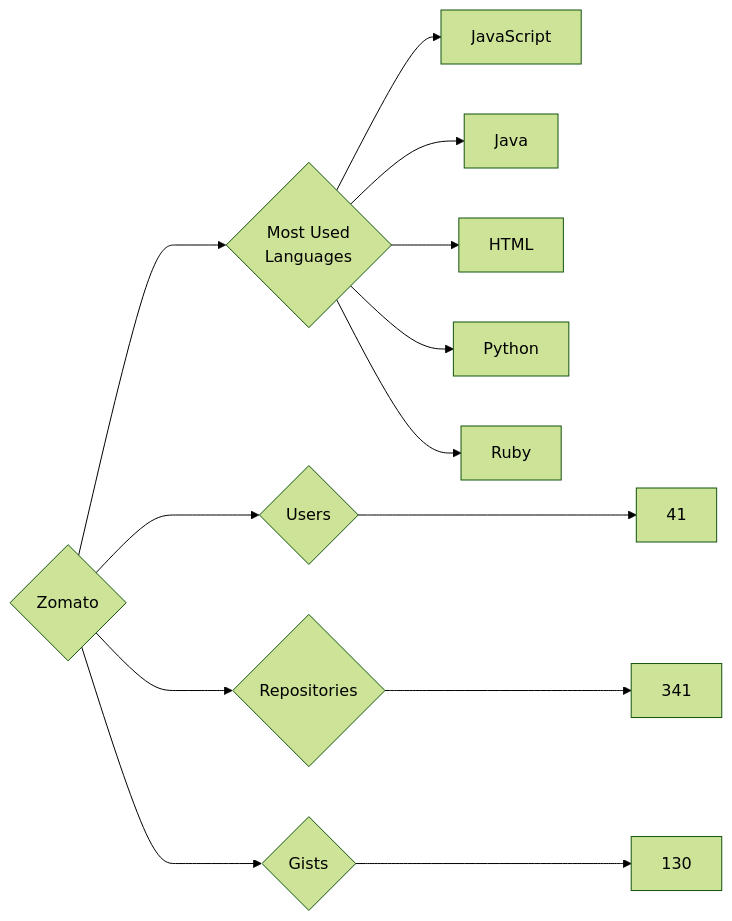
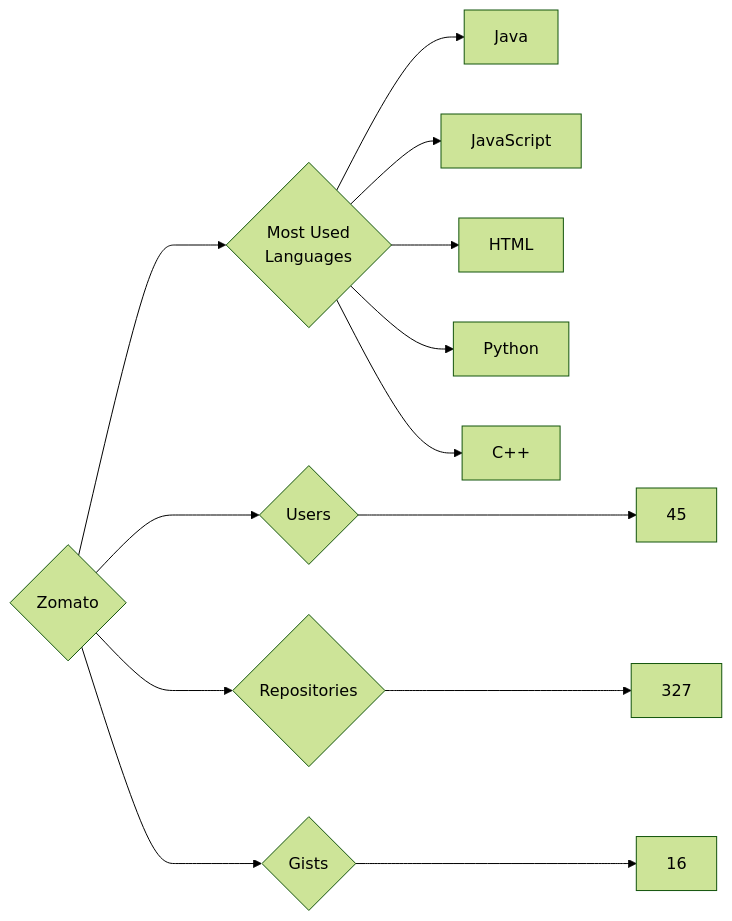
Before and after one commit to trickest/insiders: the diagram in targets/Zomato/README.md, drawn with Mermaid (forest theme). The commit also changed 695 other files, not shown here.

````diff
--- a/targets/Zomato/README.md
+++ b/targets/Zomato/README.md
@@ -3,13 +3,13 @@
 ```mermaid
 graph LR
 COMPANY_NAME{Zomato}
-COMPANY_NAME ---> U{Users} ---> UN[41]
-COMPANY_NAME ---> R{Repositories} ---> RN[341]
-COMPANY_NAME ---> G{Gists} ---> GN[130]
+COMPANY_NAME ---> U{Users} ---> UN[45]
+COMPANY_NAME ---> R{Repositories} ---> RN[327]
+COMPANY_NAME ---> G{Gists} ---> GN[16]
 COMPANY_NAME ---> ML{Most Used<br>Languages}
+ML --> Java[Java]
 ML --> JavaScript[JavaScript]
-ML --> Java[Java]
 ML --> HTML[HTML]
 ML --> Python[Python]
-ML --> Ruby[Ruby]
+ML --> C++[C++]
 ```
````
